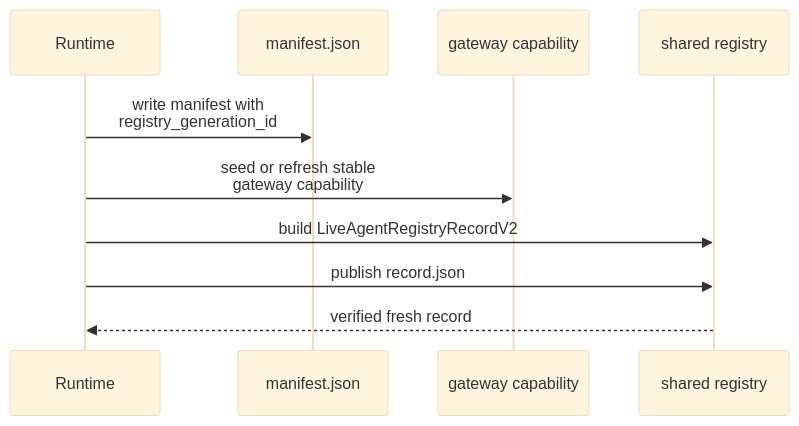
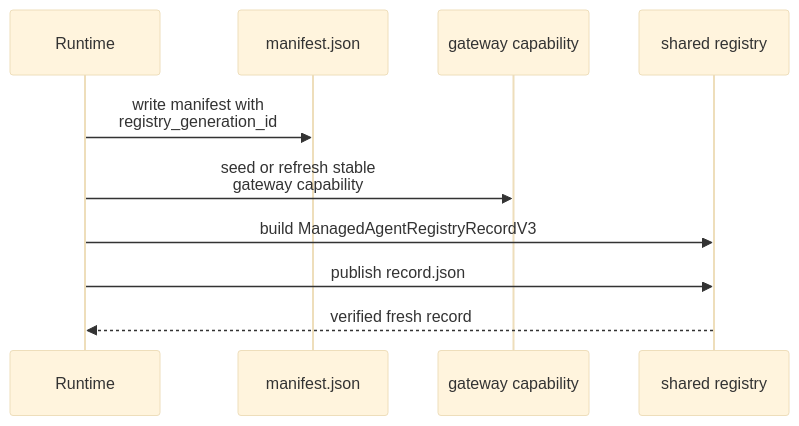
Before and after one commit to igamenovoer/houmao: the first of 2 diagrams in docs/reference/registry/internals/runtime-integration.md, drawn with Mermaid (base theme). The commit also changed other lines of this file and 37 other files, not shown here.

First line of the commit message:
feat: preserve relaunchable agent registry across stop/relaunch

````diff
--- a/docs/reference/registry/internals/runtime-integration.md
+++ b/docs/reference/registry/internals/runtime-integration.md
@@ -56,12 +56,12 @@
 ```mermaid
 sequenceDiagram
     participant RT as Runtime
     participant MF as manifest.json
     participant GW as gateway capability
     participant RG as shared registry
     RT->>MF: write manifest with<br/>registry_generation_id
     RT->>GW: seed or refresh stable<br/>gateway capability
-    RT->>RG: build LiveAgentRegistryRecordV2
+    RT->>RG: build ManagedAgentRegistryRecordV3
     RT->>RG: publish record.json
     RG-->>RT: verified fresh record
 ```
````
